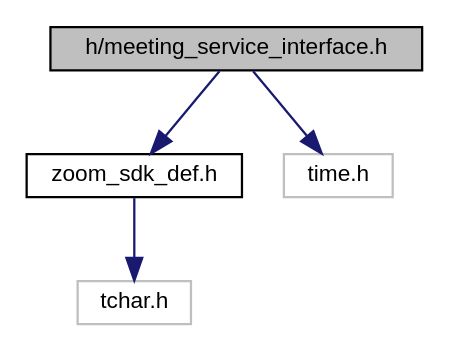
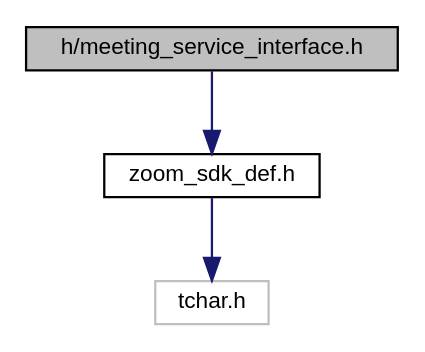
The diagram in meeting__service__interface_8h__incl.dot (zoom/zoom-sdk-windows), drawn with Graphviz before and after one commit. The commit also changed 317 other files, not shown here.

```diff
--- a/meeting__service__interface_8h__incl.dot
+++ b/meeting__service__interface_8h__incl.dot
@@ -1,12 +1,10 @@
 digraph "h/meeting_service_interface.h"
 {
   edge [fontname="Helvetica",fontsize="10",labelfontname="Helvetica",labelfontsize="10"];
   node [fontname="Helvetica",fontsize="10",shape=record];
   Node0 [label="h/meeting_service_interface.h",height=0.2,width=0.4,color="black", fillcolor="grey75", style="filled", fontcolor="black"];
   Node0 -> Node1 [color="midnightblue",fontsize="10",style="solid",fontname="Helvetica"];
   Node1 [label="zoom_sdk_def.h",height=0.2,width=0.4,color="black", fillcolor="white", style="filled",URL="$zoom__sdk__def_8h.html",tooltip="Zoom Windows SDK Common Defines File. "];
   Node1 -> Node2 [color="midnightblue",fontsize="10",style="solid",fontname="Helvetica"];
   Node2 [label="tchar.h",height=0.2,width=0.4,color="grey75", fillcolor="white", style="filled"];
-  Node0 -> Node3 [color="midnightblue",fontsize="10",style="solid",fontname="Helvetica"];
-  Node3 [label="time.h",height=0.2,width=0.4,color="grey75", fillcolor="white", style="filled"];
 }
```
